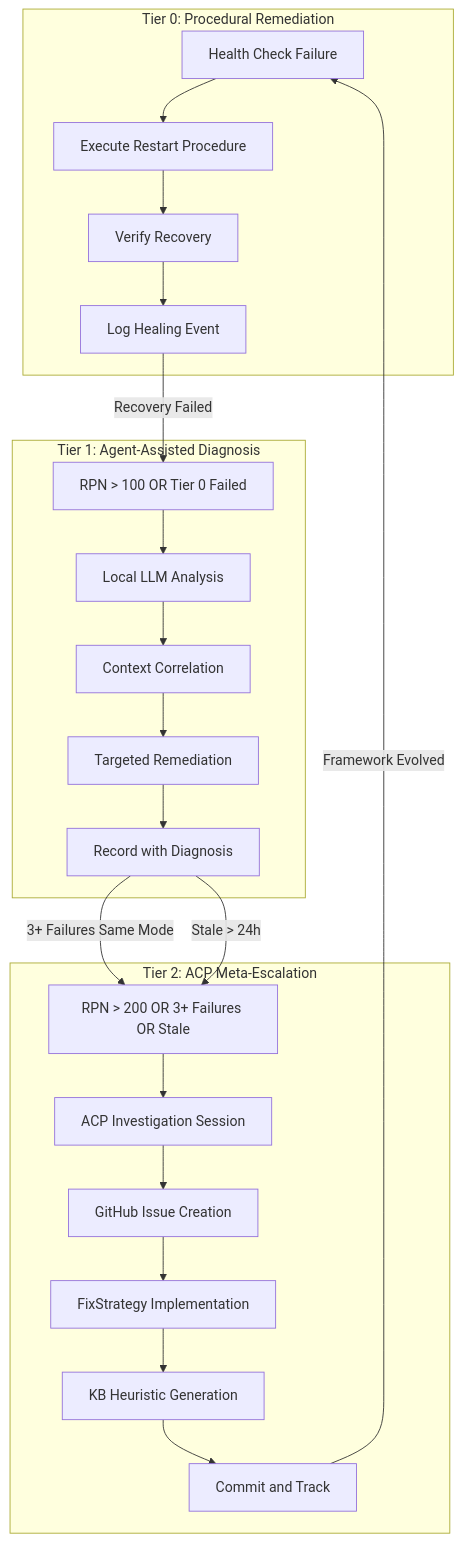
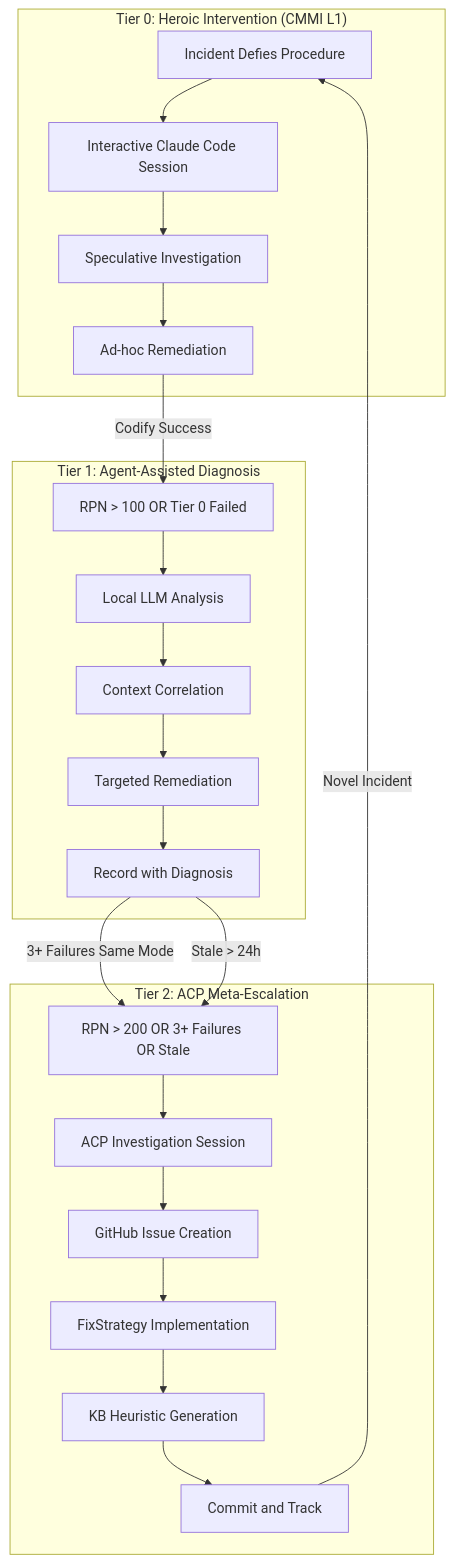
Before and after one commit to zndx/gaius: the first of 3 diagrams in src/gaius/acp/MAINTENANCE.md, drawn with Mermaid. The commit also changed other lines of this file, not shown here.

First line of the commit message:
docs(acp): reframe Tier 0 as heroic intervention (CMMI L1)

````diff
--- a/src/gaius/acp/MAINTENANCE.md
+++ b/src/gaius/acp/MAINTENANCE.md
@@ -193,34 +202,34 @@
 ```mermaid
 graph TB
-    subgraph "Tier 0: Procedural Remediation"
-        T0[Health Check Failure]
-        T0R[Execute Restart Procedure]
-        T0V[Verify Recovery]
-        T0L[Log Healing Event]
-        T0 --> T0R --> T0V --> T0L
+    subgraph "Tier 0: Heroic Intervention (CMMI L1)"
+        T0[Incident Defies Procedure]
+        T0I[Interactive Claude Code Session]
+        T0S[Speculative Investigation]
+        T0R[Ad-hoc Remediation]
+        T0 --> T0I --> T0S --> T0R
     end
 
     subgraph "Tier 1: Agent-Assisted Diagnosis"
         T1[RPN > 100 OR Tier 0 Failed]
         T1D[Local LLM Analysis]
         T1C[Context Correlation]
         T1R[Targeted Remediation]
         T1E[Record with Diagnosis]
         T1 --> T1D --> T1C --> T1R --> T1E
     end
 
     subgraph "Tier 2: ACP Meta-Escalation"
         T2[RPN > 200 OR 3+ Failures OR Stale]
         T2I[ACP Investigation Session]
         T2G[GitHub Issue Creation]
         T2F[FixStrategy Implementation]
         T2K[KB Heuristic Generation]
         T2C[Commit and Track]
         T2 --> T2I --> T2G --> T2F --> T2K --> T2C
     end
 
-    T0L -->|"Recovery Failed"| T1
+    T0R -->|"Codify Success"| T1
     T1E -->|"3+ Failures Same Mode"| T2
     T1E -->|"Stale > 24h"| T2
-    T2C -->|"Framework Evolved"| T0
+    T2C -->|"Novel Incident"| T0
 ```
````
